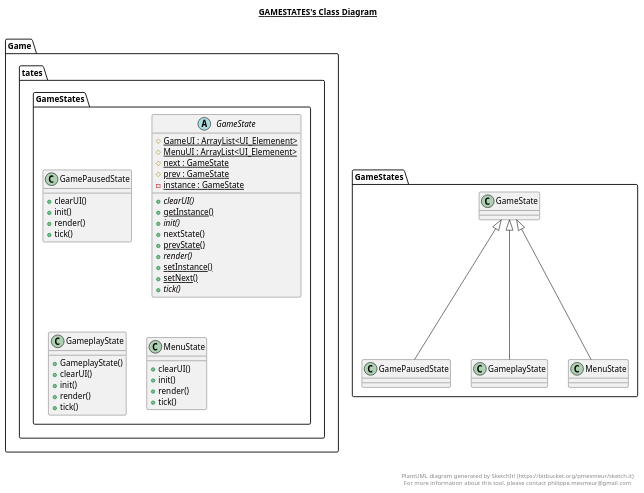
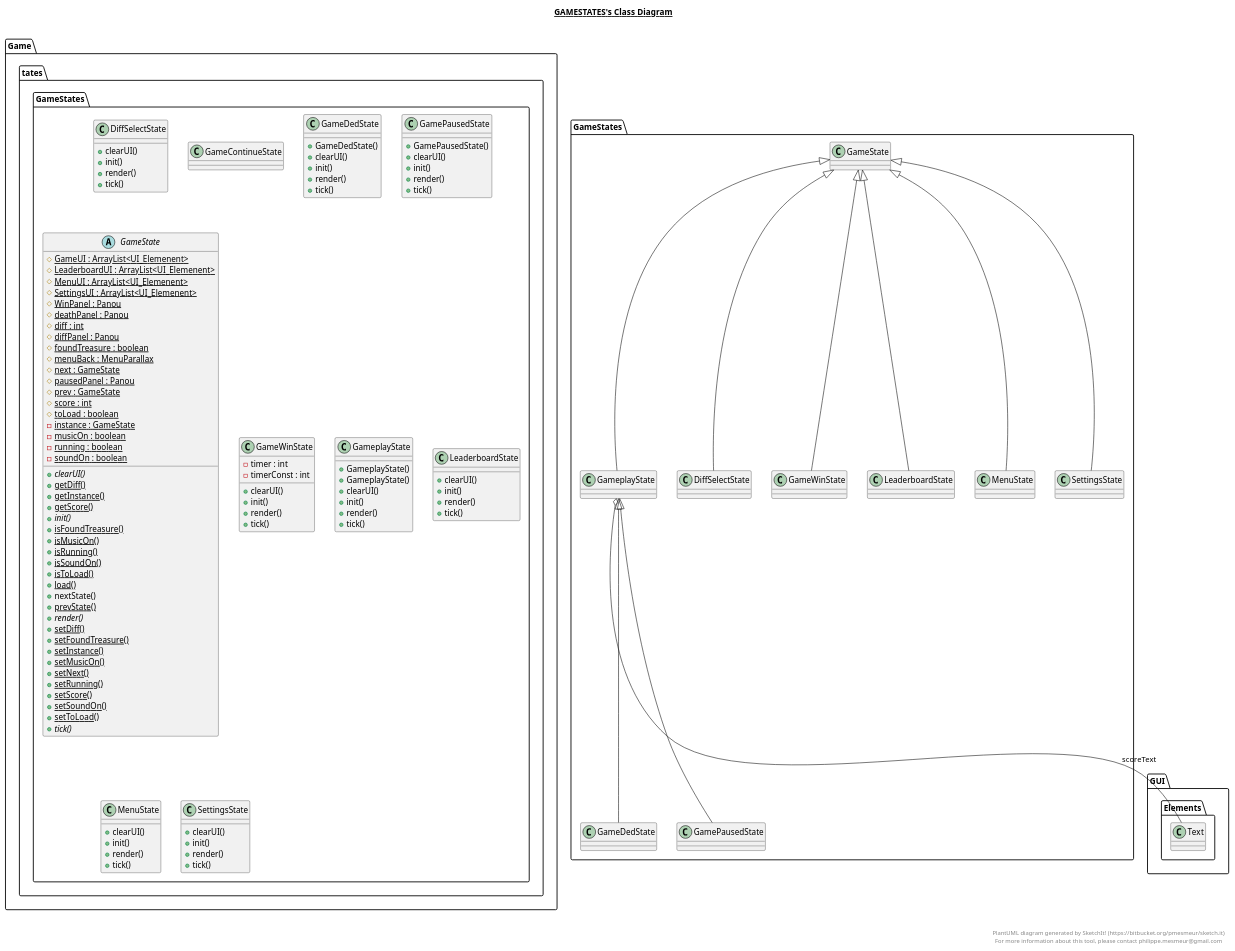
One commit to IulianMurariu-Tanasache/ProiectPAOO_FirstDungeon changed the diagram in src/GameStates/GameStates.plantuml. Above: the diagram before and after it, drawn with PlantUML. The commit also changed 186 other files, not shown here.

```diff
--- a/src/GameStates/GameStates.plantuml
+++ b/src/GameStates/GameStates.plantuml
@@ -1,76 +1,184 @@
 @startuml
 
 title __GAMESTATES's Class Diagram__\n
 
   namespace Game {
     namespace tates {
+      class GameStates.DiffSelectState {
+          + clearUI()
+          + init()
+          + render()
+          + tick()
+      }
+    }
+  }
+  
+
+  namespace Game {
+    namespace tates {
+      class GameStates.GameContinueState {
+      }
+    }
+  }
+  
+
+  namespace Game {
+    namespace tates {
+      class GameStates.GameDedState {
+          + GameDedState()
+          + clearUI()
+          + init()
+          + render()
+          + tick()
+      }
+    }
+  }
+  
+
+  namespace Game {
+    namespace tates {
       class GameStates.GamePausedState {
+          + GamePausedState()
           + clearUI()
           + init()
           + render()
           + tick()
       }
     }
   }
   
 
   namespace Game {
     namespace tates {
       abstract class GameStates.GameState {
           {static} # GameUI : ArrayList<UI_Elemenent>
+          {static} # LeaderboardUI : ArrayList<UI_Elemenent>
           {static} # MenuUI : ArrayList<UI_Elemenent>
+          {static} # SettingsUI : ArrayList<UI_Elemenent>
+          {static} # WinPanel : Panou
+          {static} # deathPanel : Panou
+          {static} # diff : int
+          {static} # diffPanel : Panou
+          {static} # foundTreasure : boolean
+          {static} # menuBack : MenuParallax
           {static} # next : GameState
+          {static} # pausedPanel : Panou
           {static} # prev : GameState
+          {static} # score : int
+          {static} # toLoad : boolean
           {static} - instance : GameState
+          {static} - musicOn : boolean
+          {static} - running : boolean
+          {static} - soundOn : boolean
           {abstract} + clearUI()
+          {static} + getDiff()
           {static} + getInstance()
+          {static} + getScore()
           {abstract} + init()
+          {static} + isFoundTreasure()
+          {static} + isMusicOn()
+          {static} + isRunning()
+          {static} + isSoundOn()
+          {static} + isToLoad()
+          {static} + load()
           + nextState()
           {static} + prevState()
           {abstract} + render()
+          {static} + setDiff()
+          {static} + setFoundTreasure()
           {static} + setInstance()
+          {static} + setMusicOn()
           {static} + setNext()
+          {static} + setRunning()
+          {static} + setScore()
+          {static} + setSoundOn()
+          {static} + setToLoad()
           {abstract} + tick()
+      }
+    }
+  }
+  
+
+  namespace Game {
+    namespace tates {
+      class GameStates.GameWinState {
+          - timer : int
+          - timerConst : int
+          + clearUI()
+          + init()
+          + render()
+          + tick()
       }
     }
   }
   
 
   namespace Game {
     namespace tates {
       class GameStates.GameplayState {
           + GameplayState()
+          + GameplayState()
+          + clearUI()
+          + init()
+          + render()
+          + tick()
+      }
+    }
+  }
+  
+
+  namespace Game {
+    namespace tates {
+      class GameStates.LeaderboardState {
           + clearUI()
           + init()
           + render()
           + tick()
       }
     }
   }
   
 
   namespace Game {
     namespace tates {
       class GameStates.MenuState {
           + clearUI()
           + init()
           + render()
           + tick()
       }
     }
   }
   
 
-  GameStates.GamePausedState -up-|> GameStates.GameState
+  namespace Game {
+    namespace tates {
+      class GameStates.SettingsState {
+          + clearUI()
+          + init()
+          + render()
+          + tick()
+      }
+    }
+  }
+  
+
+  GameStates.DiffSelectState -up-|> GameStates.GameState
+  GameStates.GameDedState -up-|> GameStates.GameplayState
+  GameStates.GamePausedState -up-|> GameStates.GameplayState
+  GameStates.GameWinState -up-|> GameStates.GameState
   GameStates.GameplayState -up-|> GameStates.GameState
+  GameStates.GameplayState o-- GUI.Elements.Text : scoreText
+  GameStates.LeaderboardState -up-|> GameStates.GameState
   GameStates.MenuState -up-|> GameStates.GameState
+  GameStates.SettingsState -up-|> GameStates.GameState
 
 
 right footer
 
 
 PlantUML diagram generated by SketchIt! (https://bitbucket.org/pmesmeur/sketch.it)
 For more information about this tool, please contact philippe.mesmeur@gmail.com
 endfooter
 
 @enduml
```
